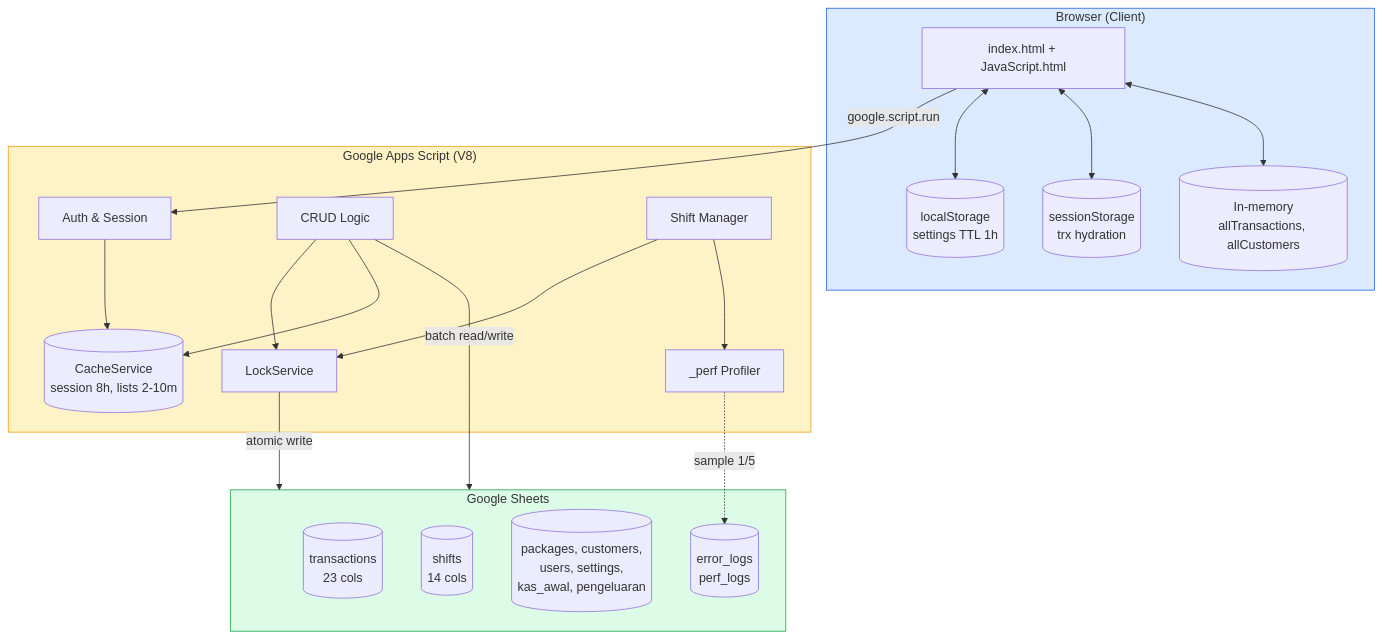
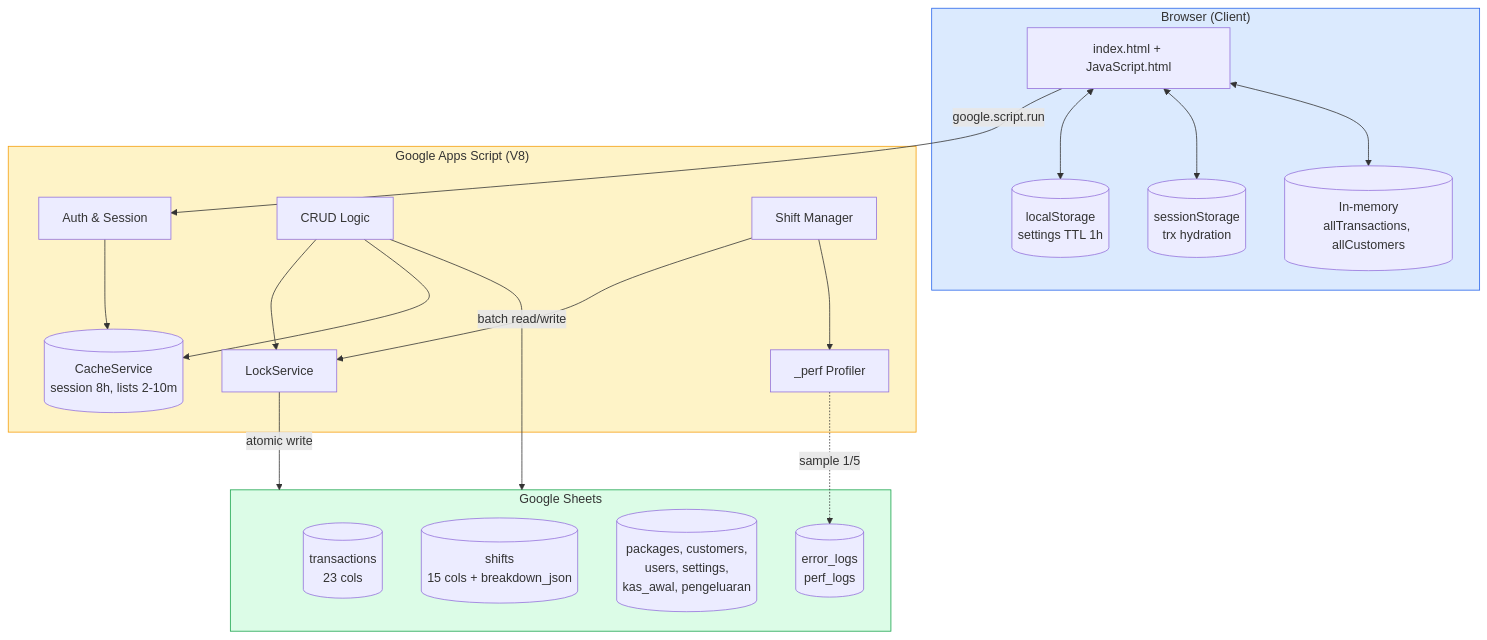
The first of 4 diagrams in README.md (nndda-rzn/kucucikan-laundry-migrate), drawn with Mermaid before and after one commit. The commit also changed other lines of this file, not shown here.

````diff
--- a/README.md
+++ b/README.md
@@ -163,44 +170,44 @@
 ```mermaid
 flowchart TB
     subgraph Client["Browser (Client)"]
         UI[index.html + JavaScript.html]
         LS[(localStorage<br/>settings TTL 1h)]
         SS[(sessionStorage<br/>trx hydration)]
         RAM[(In-memory<br/>allTransactions, allCustomers)]
     end
 
     subgraph Server["Google Apps Script (V8)"]
         Auth[Auth & Session]
         CRUD[CRUD Logic]
         Shift[Shift Manager]
         Perf[_perf Profiler]
         Lock[LockService]
         Cache[(CacheService<br/>session 8h, lists 2-10m)]
     end
 
     subgraph DB["Google Sheets"]
         T1[(transactions<br/>23 cols)]
-        T2[(shifts<br/>14 cols)]
+        T2[(shifts<br/>15 cols + breakdown_json)]
         T3[(packages, customers,<br/>users, settings,<br/>kas_awal, pengeluaran)]
         Logs[(error_logs<br/>perf_logs)]
     end
 
     UI -->|google.script.run| Auth
     UI <--> LS
     UI <--> SS
     UI <--> RAM
 
     Auth --> Cache
     CRUD --> Lock
     CRUD --> Cache
     Shift --> Lock
     Shift --> Perf
 
     Lock -->|atomic write| DB
     CRUD -->|batch read/write| DB
     Perf -.sample 1/5.-> Logs
 
     style Client fill:#dbeafe,stroke:#2563eb
     style Server fill:#fef3c7,stroke:#f59e0b
     style DB fill:#dcfce7,stroke:#16a34a
 ```
````
